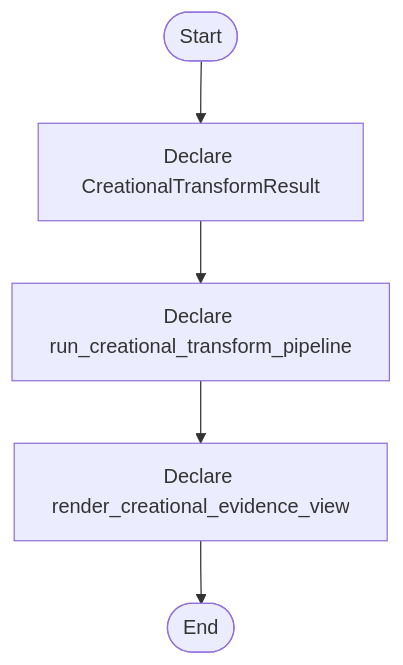
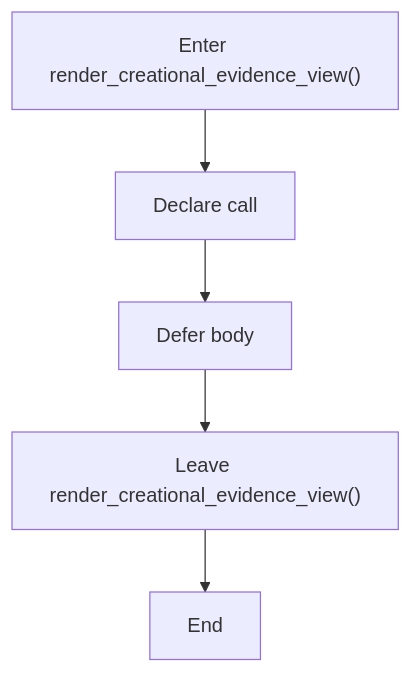
The second of 5 diagrams in docs/Codebase/Microservice/Modules/Header/Creational/Transform/creational_transform_pipeline.hpp.md (JohnAndrewBalbarosa/NeoTerritory), drawn with Mermaid before and after one commit. The commit also changed other lines of this file and 752 other files, not shown here.

````diff
--- a/docs/Codebase/Microservice/Modules/Header/Creational/Transform/creational_transform_pipeline.hpp.md
+++ b/docs/Codebase/Microservice/Modules/Header/Creational/Transform/creational_transform_pipeline.hpp.md
@@ -33,12 +49,12 @@
 ```mermaid
 flowchart TD
-    Start([Start])
-    N0[Declare CreationalTransformResult]
-    N1[Declare run_creational_transform_pipeline]
-    N2[Declare render_creational_evidence_view]
-    End([End])
-    Start --> N0
+    N0["Enter render_creational_evidence_view()"]
+    N1["Declare call"]
+    N2["Defer body"]
+    N3["Leave render_creational_evidence_view()"]
+    N4["End"]
     N0 --> N1
     N1 --> N2
-    N2 --> End
+    N2 --> N3
+    N3 --> N4
 ```
````
